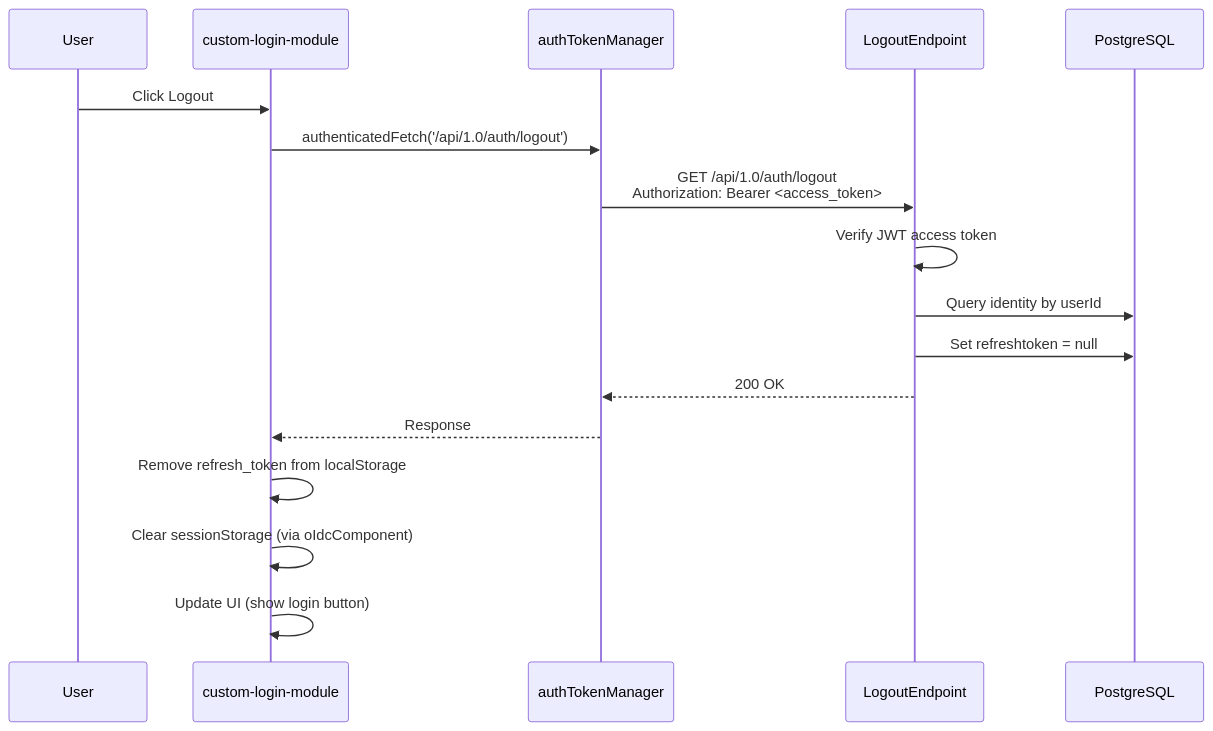
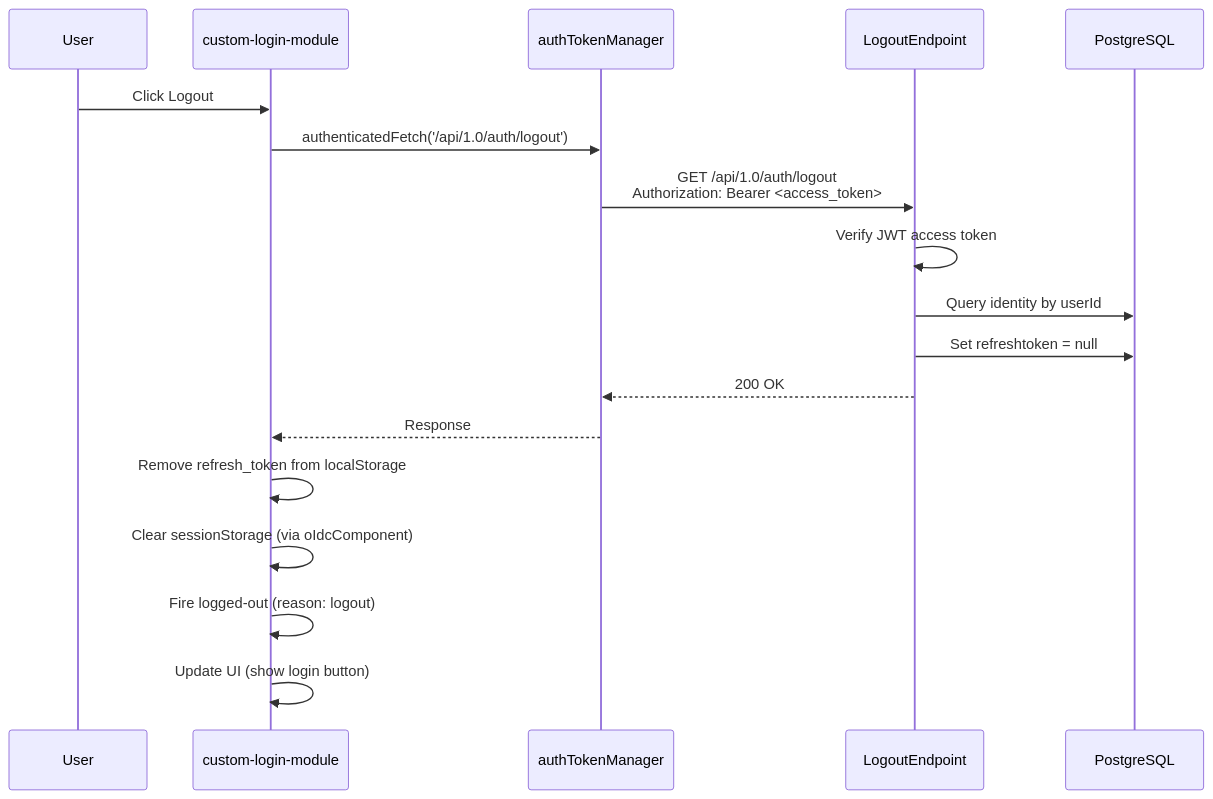
One commit to DavidWalther/PageHost changed the fourth of 5 diagrams in doc/authentication.md. Above: the diagram before and after it, drawn with Mermaid. The commit also changed other lines of this file and 1 other file, not shown here.

````diff
--- a/doc/authentication.md
+++ b/doc/authentication.md
@@ -134,22 +135,23 @@
 ```mermaid
 sequenceDiagram
     participant User
     participant Browser as custom-login-module
     participant ATM as authTokenManager
     participant Server as LogoutEndpoint
     participant DB as PostgreSQL
 
     User->>Browser: Click Logout
     Browser->>ATM: authenticatedFetch('/api/1.0/auth/logout')
     ATM->>Server: GET /api/1.0/auth/logout<br/>Authorization: Bearer <access_token>
 
     Server->>Server: Verify JWT access token
     Server->>DB: Query identity by userId
     Server->>DB: Set refreshtoken = null
     Server-->>ATM: 200 OK
 
     ATM-->>Browser: Response
     Browser->>Browser: Remove refresh_token from localStorage
     Browser->>Browser: Clear sessionStorage (via oIdcComponent)
+    Browser->>Browser: Fire logged-out (reason: logout)
     Browser->>Browser: Update UI (show login button)
 ```
````
